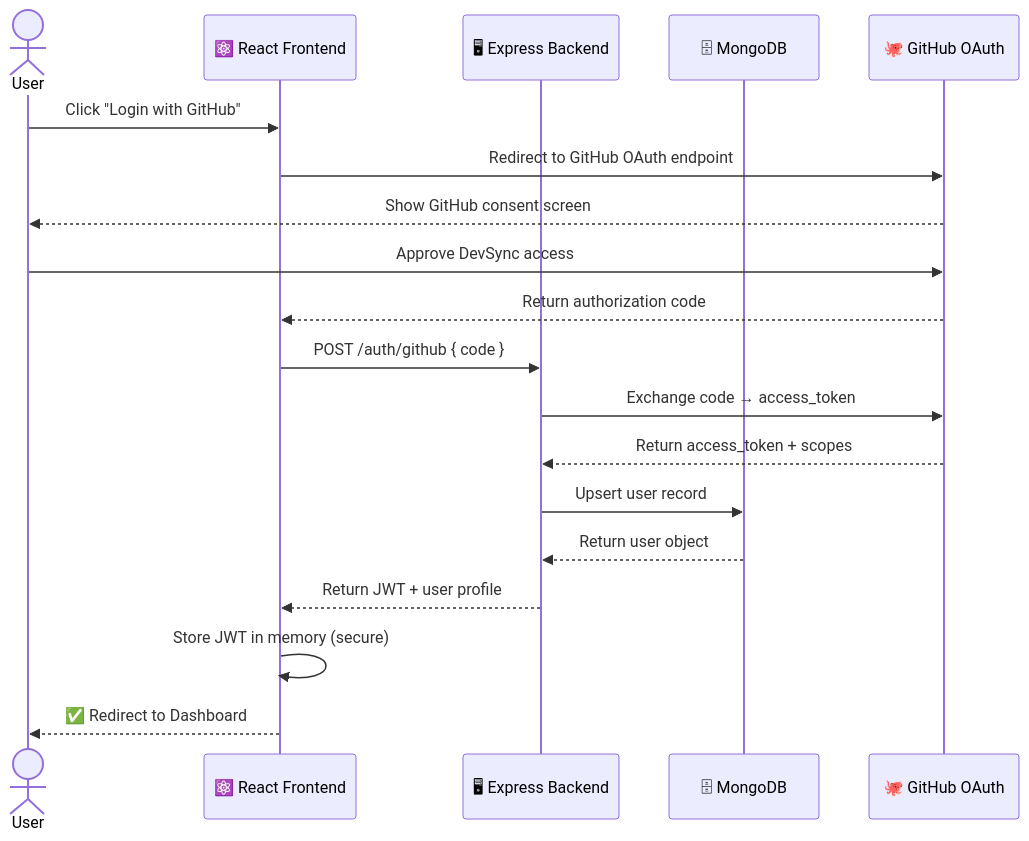
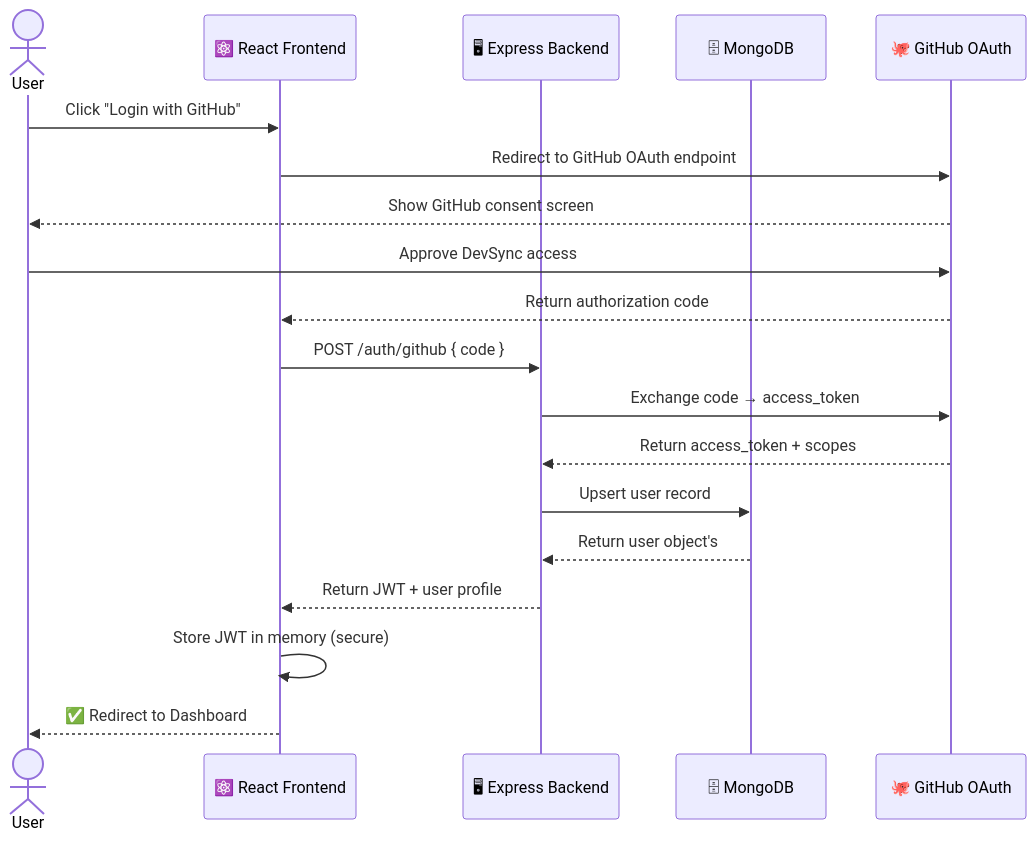
The third of 5 diagrams in README.md (Akshatsrii/Auto-Environment-Sync-Platform), drawn with Mermaid before and after one commit.

Commit message:
Fix grammar in user object return description
Corrected grammar in the user object return statement.

````diff
--- a/README.md
+++ b/README.md
@@ -268,22 +268,22 @@
 ```mermaid
 sequenceDiagram
     actor User
     participant UI as ⚛️ React Frontend
     participant API as 🖥 Express Backend
     participant DB as 🗄 MongoDB
     participant GH as 🐙 GitHub OAuth
 
     User->>UI: Click "Login with GitHub"
     UI->>GH: Redirect to GitHub OAuth endpoint
     GH-->>User: Show GitHub consent screen
     User->>GH: Approve DevSync access
     GH-->>UI: Return authorization code
     UI->>API: POST /auth/github { code }
     API->>GH: Exchange code → access_token
     GH-->>API: Return access_token + scopes
     API->>DB: Upsert user record
-    DB-->>API: Return user object
+    DB-->>API: Return user object's
     API-->>UI: Return JWT + user profile
     UI->>UI: Store JWT in memory (secure)
     UI-->>User: ✅ Redirect to Dashboard
 ```
````
